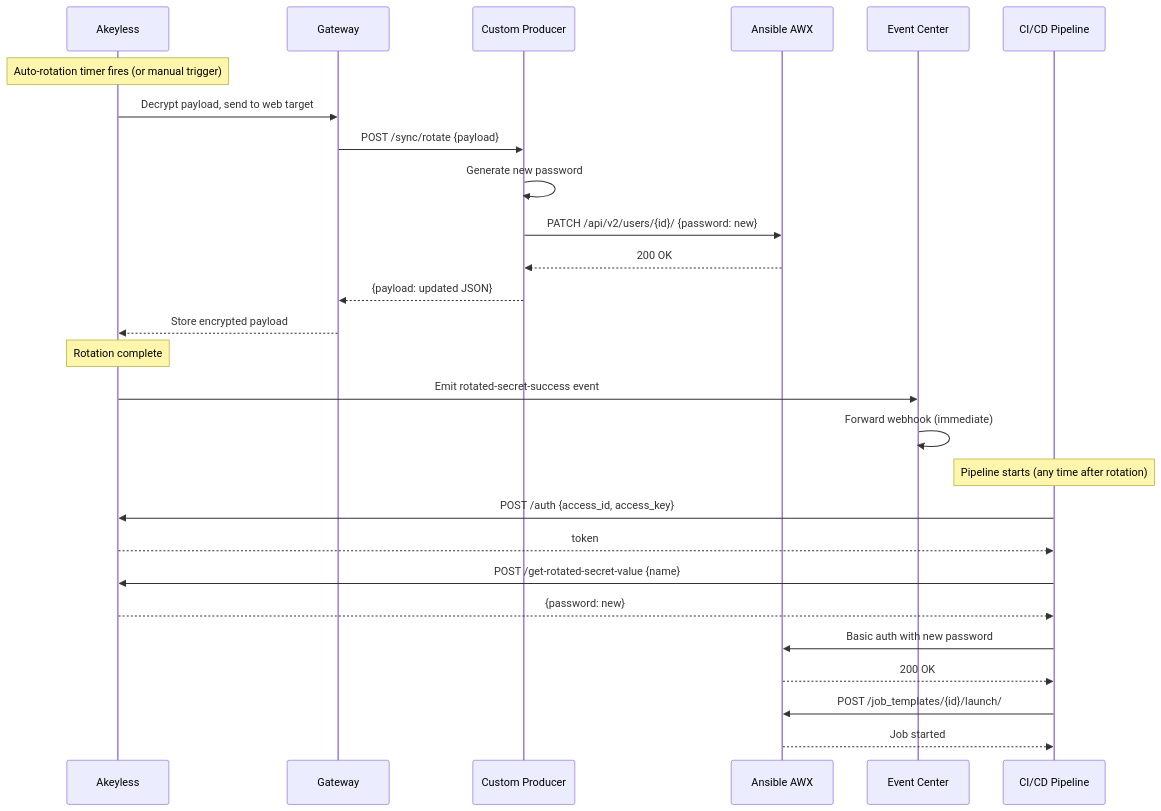
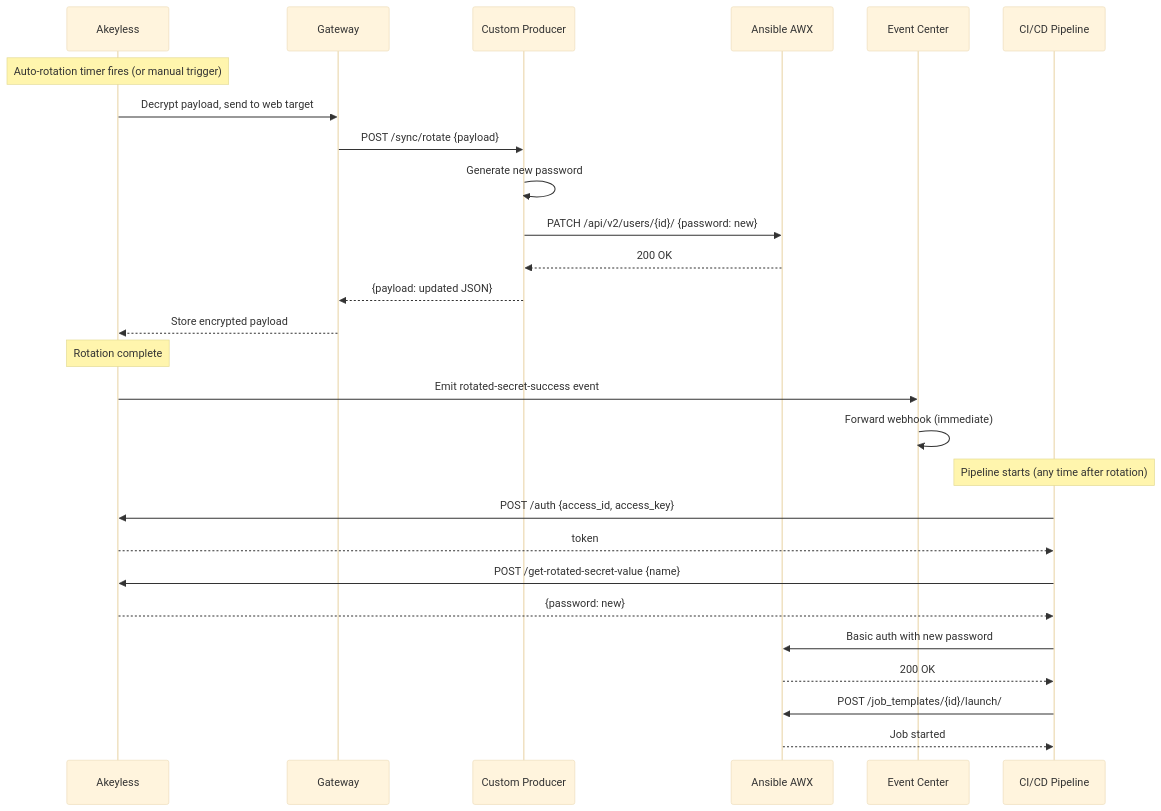
One commit to Fahmy-Kadiri-akl/ansible-credential-rotation changed the second of 3 diagrams in README.md. Above: the diagram before and after it, drawn with Mermaid. The commit also changed other lines of this file and 2 other files, not shown here.

````diff
--- a/README.md
+++ b/README.md
@@ -96,35 +101,40 @@
 ```mermaid
+---
+config:
+  look: handDrawn
+  theme: base
+---
 sequenceDiagram
     participant AKL as Akeyless
     participant GW as Gateway
     participant CP as Custom Producer
     participant AWX as Ansible AWX
     participant EC as Event Center
     participant CICD as CI/CD Pipeline
 
     Note over AKL: Auto-rotation timer fires (or manual trigger)
 
     AKL->>GW: Decrypt payload, send to web target
     GW->>CP: POST /sync/rotate {payload}
     CP->>CP: Generate new password
     CP->>AWX: PATCH /api/v2/users/{id}/ {password: new}
     AWX-->>CP: 200 OK
     CP-->>GW: {payload: updated JSON}
     GW-->>AKL: Store encrypted payload
 
     Note over AKL: Rotation complete
 
     AKL->>EC: Emit rotated-secret-success event
     EC->>EC: Forward webhook (immediate)
 
     Note over CICD: Pipeline starts (any time after rotation)
 
     CICD->>AKL: POST /auth {access_id, access_key}
     AKL-->>CICD: token
     CICD->>AKL: POST /get-rotated-secret-value {name}
     AKL-->>CICD: {password: new}
     CICD->>AWX: Basic auth with new password
     AWX-->>CICD: 200 OK
     CICD->>AWX: POST /job_templates/{id}/launch/
     AWX-->>CICD: Job started
 ```
````
